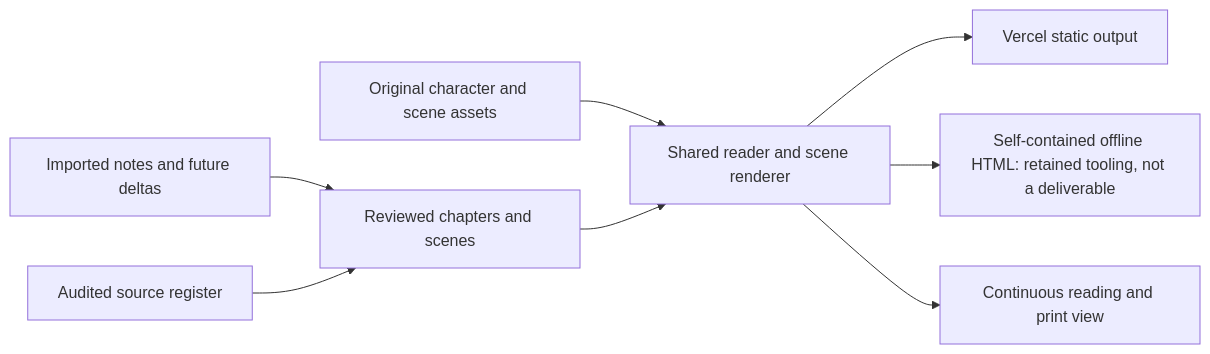
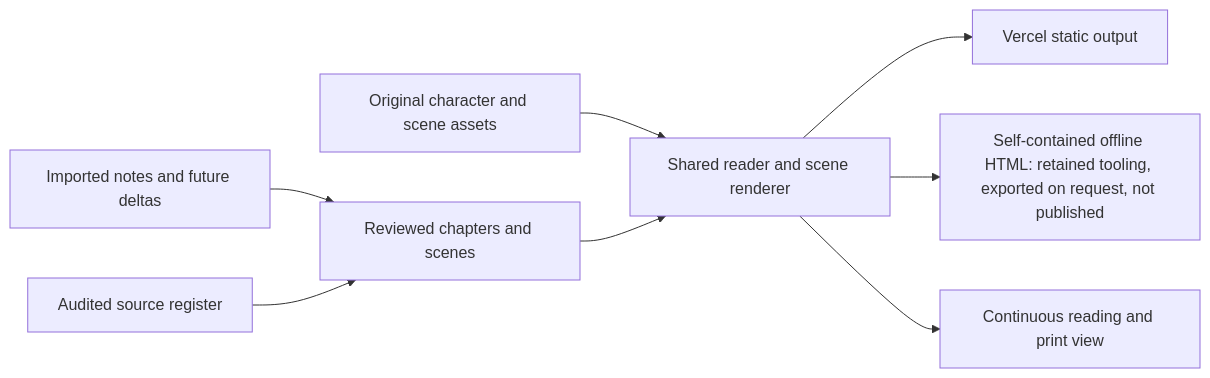
Before and after one commit to duckycodess/what-it-takes-to-be-happy: the diagram in docs/architecture.md, drawn with Mermaid. The commit also changed other lines of this file and 7 other files, not shown here.

````diff
--- a/docs/architecture.md
+++ b/docs/architecture.md
@@ -19,10 +19,10 @@
 ```mermaid
 flowchart LR
   N[Imported notes and future deltas] --> C[Reviewed chapters and scenes]
   R[Audited source register] --> C
   A[Original character and scene assets] --> P[Shared reader and scene renderer]
   C --> P
   P --> H[Vercel static output]
-  P --> O[Self-contained offline HTML: retained tooling, not a deliverable]
+  P --> O[Self-contained offline HTML: retained tooling, exported on request, not published]
   P --> T[Continuous reading and print view]
 ```
````
